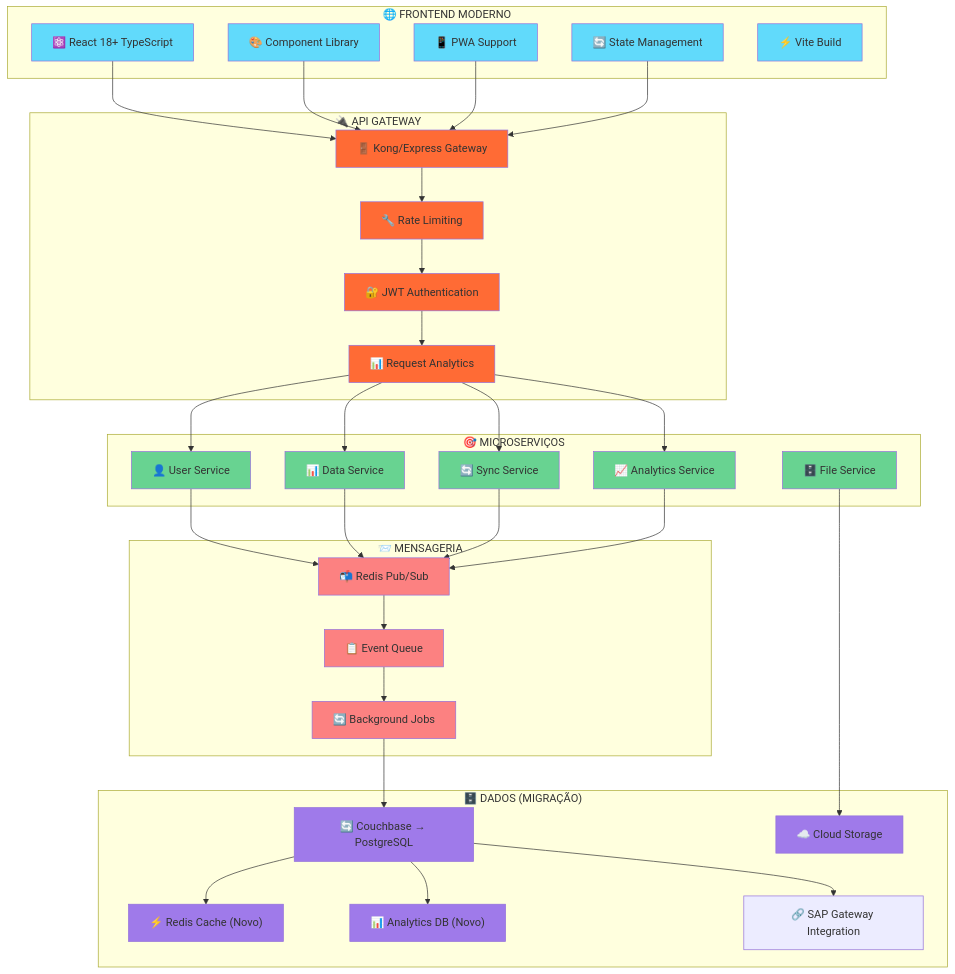
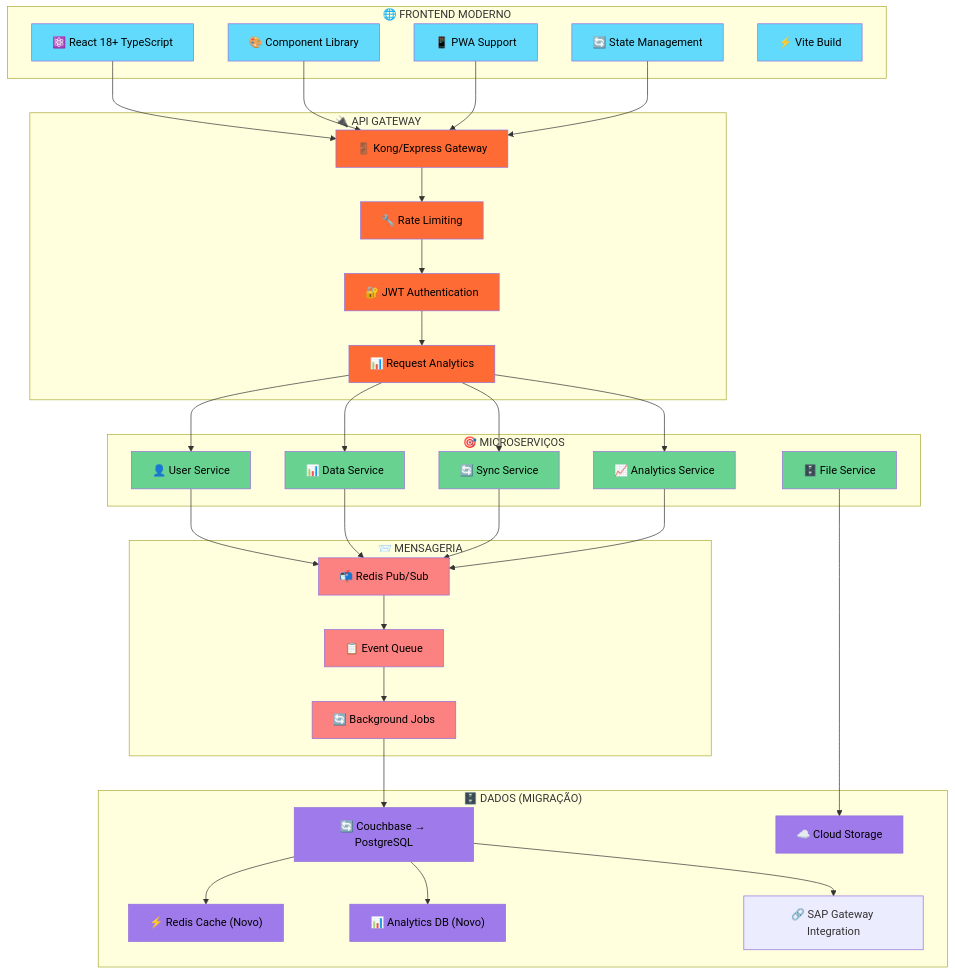
The first of 4 diagrams in README.md (EduPereiraAlest/FocusTextil), drawn with Mermaid before and after one commit. The commit also changed other lines of this file and 8 other files, not shown here.

First line of the commit message:
fix: Melhorar legibilidade dos diagramas Mermaid com texto preto

````diff
--- a/README.md
+++ b/README.md
@@ -103,25 +103,25 @@
 R --> V
 N --> U
 
-style A fill:#61dafb
-style B fill:#61dafb
-style C fill:#61dafb
-style D fill:#61dafb
-style E fill:#61dafb
-style F fill:#ff6b35
-style G fill:#ff6b35
-style H fill:#ff6b35
-style I fill:#ff6b35
-style J fill:#68d391
-style K fill:#68d391
-style L fill:#68d391
-style M fill:#68d391
-style N fill:#68d391
-style O fill:#fc8181
-style P fill:#fc8181
-style Q fill:#fc8181
-style R fill:#9f7aea
-style S fill:#9f7aea
-style T fill:#9f7aea
-style U fill:#9f7aea
+style A fill:#61dafb,color:#000000
+style B fill:#61dafb,color:#000000
+style C fill:#61dafb,color:#000000
+style D fill:#61dafb,color:#000000
+style E fill:#61dafb,color:#000000
+style F fill:#ff6b35,color:#000000
+style G fill:#ff6b35,color:#000000
+style H fill:#ff6b35,color:#000000
+style I fill:#ff6b35,color:#000000
+style J fill:#68d391,color:#000000
+style K fill:#68d391,color:#000000
+style L fill:#68d391,color:#000000
+style M fill:#68d391,color:#000000
+style N fill:#68d391,color:#000000
+style O fill:#fc8181,color:#000000
+style P fill:#fc8181,color:#000000
+style Q fill:#fc8181,color:#000000
+style R fill:#9f7aea,color:#000000
+style S fill:#9f7aea,color:#000000
+style T fill:#9f7aea,color:#000000
+style U fill:#9f7aea,color:#000000
 ```
````
